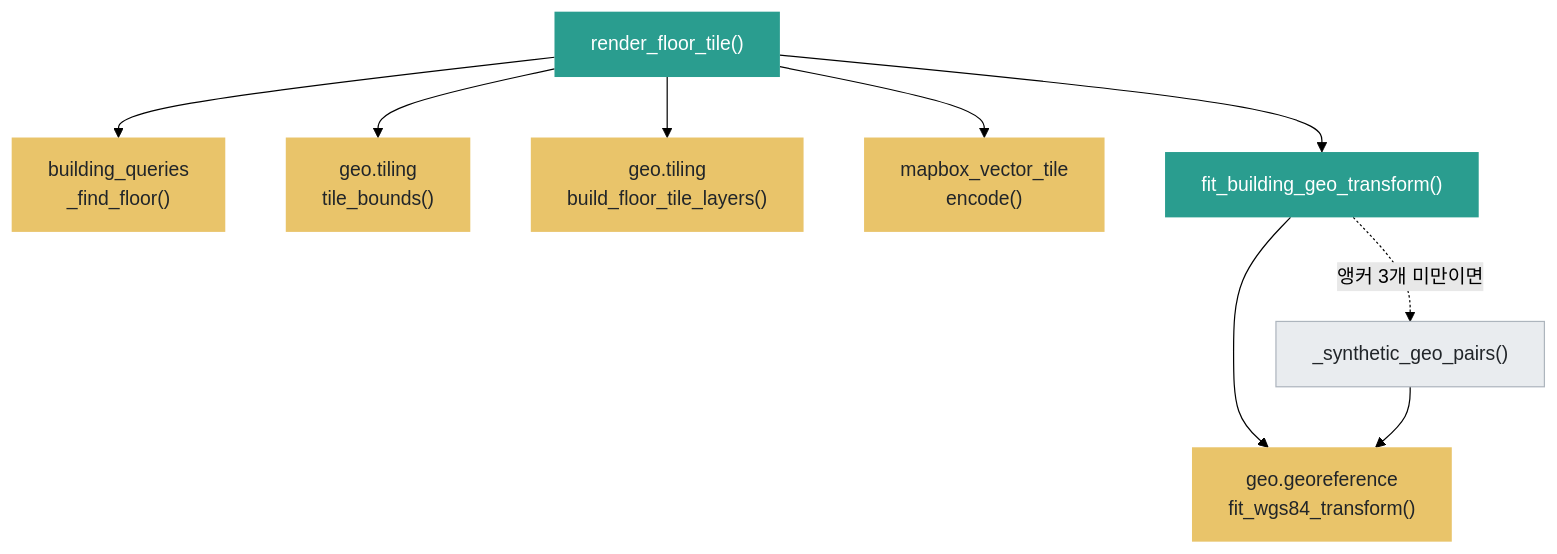
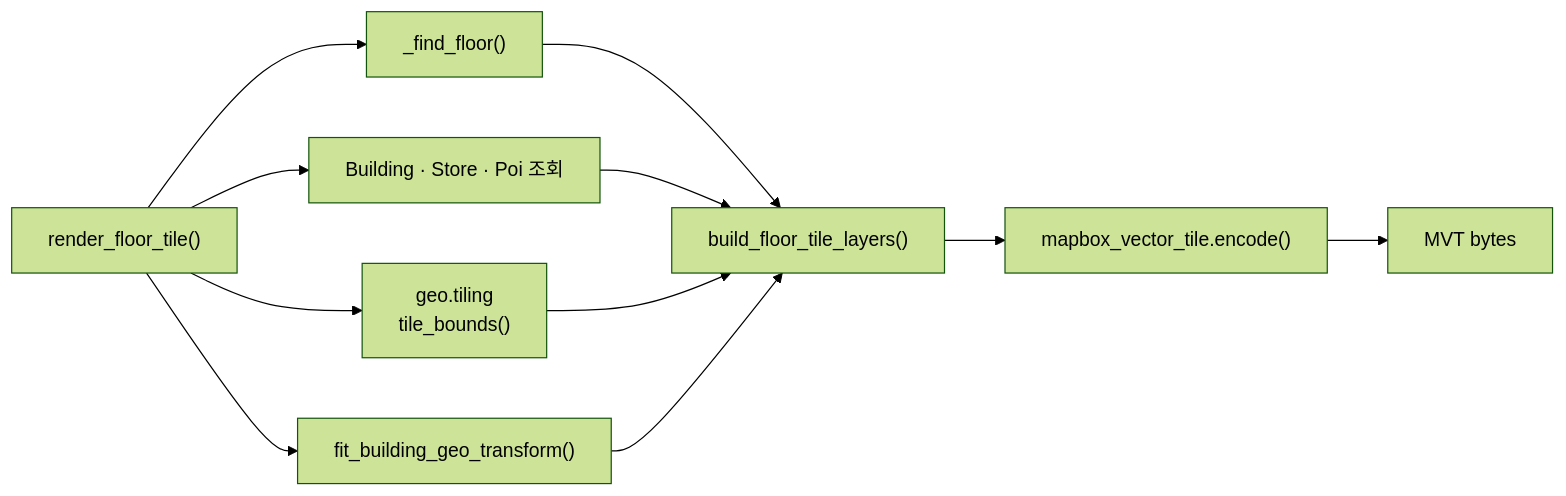
The tenth of 11 diagrams in backend/app/repositories/README.md (Routex-labs/Navigation), drawn with Mermaid (forest theme) before and after one commit. The commit also changed other lines of this file and 36 other files, not shown here.

````diff
--- a/backend/app/repositories/README.md
+++ b/backend/app/repositories/README.md
@@ -165,16 +266,20 @@
 ```mermaid
-flowchart TD
-    renderT["render_floor_tile()"] --> findF["building_queries<br/>_find_floor()"] & bounds["geo.tiling<br/>tile_bounds()"] & layers["geo.tiling<br/>build_floor_tile_layers()"] & encode["mapbox_vector_tile<br/>encode()"]
-    renderT --> fitT["fit_building_geo_transform()"]
+flowchart LR
+    RENDER["render_floor_tile()"]
+    FIND["_find_floor()"]
+    QUERY["Building · Store · Poi 조회"]
+    BOUNDS["geo.tiling<br/>tile_bounds()"]
+    TRANSFORM["fit_building_geo_transform()"]
+    LAYERS["build_floor_tile_layers()"]
+    ENCODE["mapbox_vector_tile.encode()"]
+    BYTES["MVT bytes"]
 
-    fitT --> fitW["geo.georeference<br/>fit_wgs84_transform()"]
-    fitT -. "앵커 3개 미만이면" .-> synth["_synthetic_geo_pairs()"]
-    synth --> fitW
-
-    classDef pub fill:#2a9d8f,color:#fff,stroke:none
-    classDef priv fill:#e9ecef,color:#212529,stroke:#adb5bd
-    classDef ext fill:#e9c46a,color:#212529,stroke:none
-    class renderT,fitT pub
-    class synth priv
-    class findF,bounds,layers,encode,fitW ext
+    RENDER --> FIND
+    RENDER --> QUERY
+    RENDER --> BOUNDS
+    RENDER --> TRANSFORM
+    FIND --> LAYERS
+    QUERY --> LAYERS
+    BOUNDS --> LAYERS
+    TRANSFORM --> LAYERS --> ENCODE --> BYTES
 ```
````
